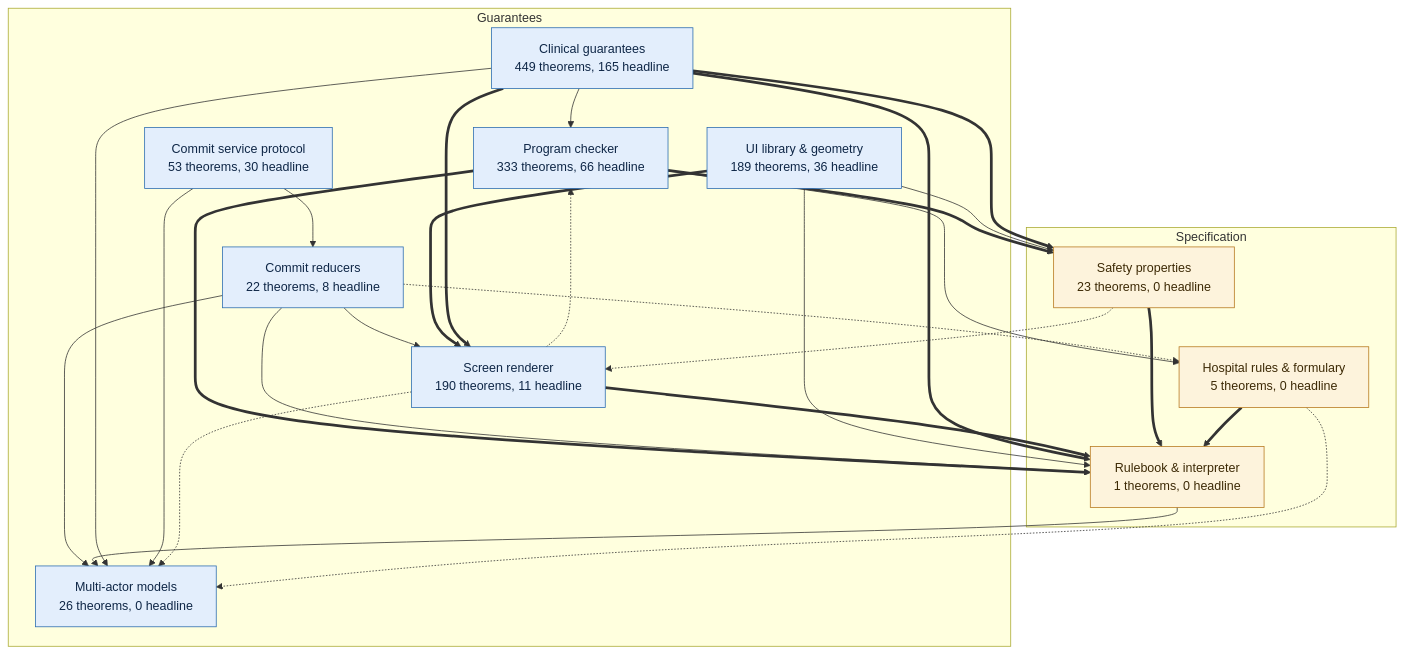
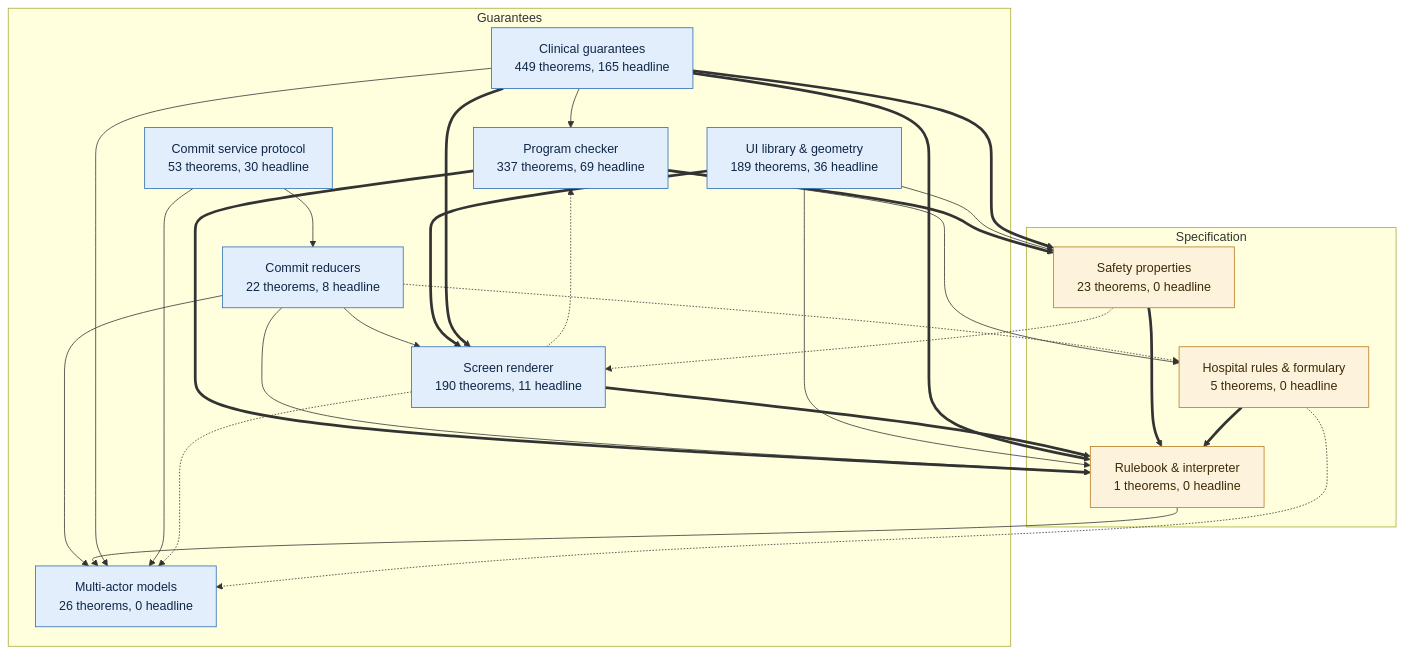
The first of 9 diagrams in docs/proof-map.md (saithat/VGI-Health), drawn with Mermaid before and after one commit. The commit also changed other lines of this file and 3 other files, not shown here.

````diff
--- a/docs/proof-map.md
+++ b/docs/proof-map.md
@@ -15,44 +15,44 @@
 ```mermaid
 flowchart TB
   subgraph guar_g["Guarantees"]
     proofs["Clinical guarantees<br/>449 theorems, 165 headline"]:::guar
-    check["Program checker<br/>333 theorems, 66 headline"]:::guar
+    check["Program checker<br/>337 theorems, 69 headline"]:::guar
     render["Screen renderer<br/>190 theorems, 11 headline"]:::guar
     layout["UI library &amp; geometry<br/>189 theorems, 36 headline"]:::guar
     commit["Commit reducers<br/>22 theorems, 8 headline"]:::guar
     protocol["Commit service protocol<br/>53 theorems, 30 headline"]:::guar
     multi["Multi-actor models<br/>26 theorems, 0 headline"]:::guar
   end
   subgraph spec_g["Specification"]
     core["Rulebook &amp; interpreter<br/>1 theorems, 0 headline"]:::spec
     props["Safety properties<br/>23 theorems, 0 headline"]:::spec
     specs["Hospital rules &amp; formulary<br/>5 theorems, 0 headline"]:::spec
   end
   check ==> core
   check ==> props
   check --> specs
   commit --> core
   commit --> multi
   commit --> render
   commit -.-> specs
   core --> multi
   layout --> core
   layout --> props
   layout ==> render
   proofs --> check
   proofs ==> core
   proofs --> multi
   proofs ==> props
   proofs ==> render
   props ==> core
   props -.-> render
   protocol --> commit
   protocol --> multi
   render -.-> check
   render ==> core
   render -.-> multi
   specs ==> core
   specs -.-> multi
   classDef spec fill:#fdf3dc,stroke:#b7791f,color:#3d2a06
   classDef guar fill:#e3eefc,stroke:#2b6cb0,color:#0f2747
 ```
````
